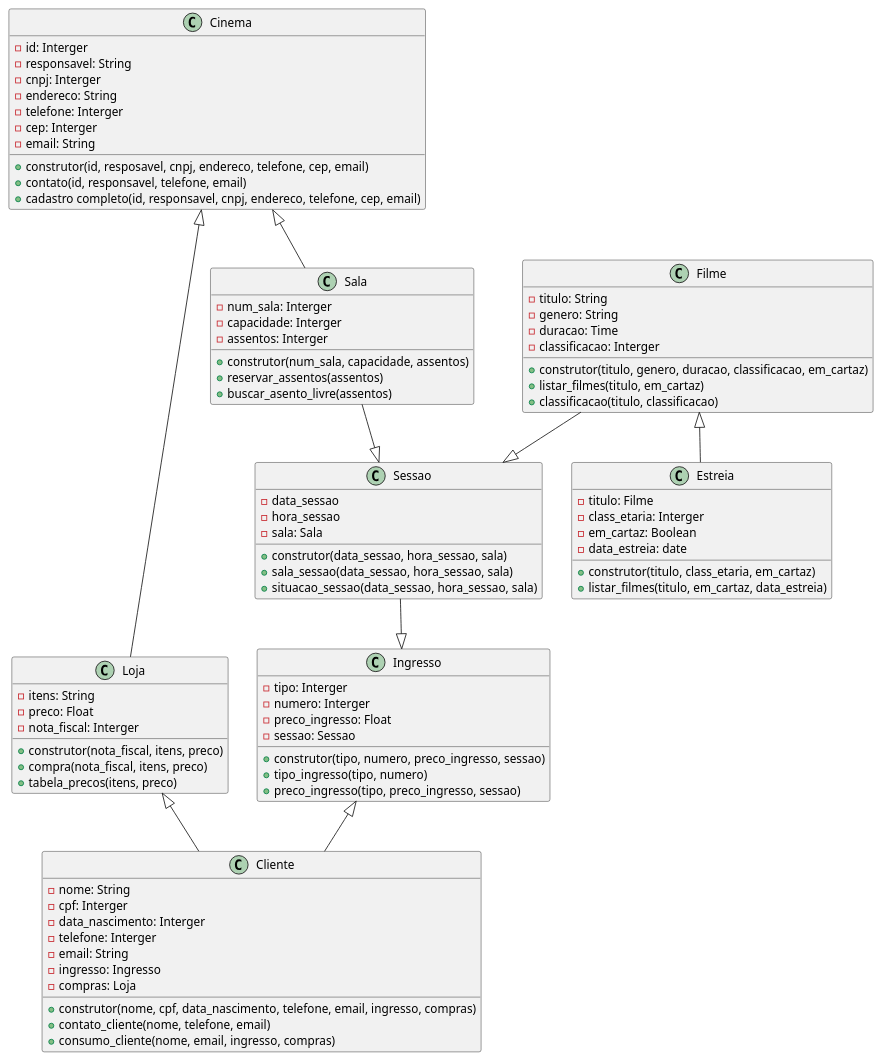
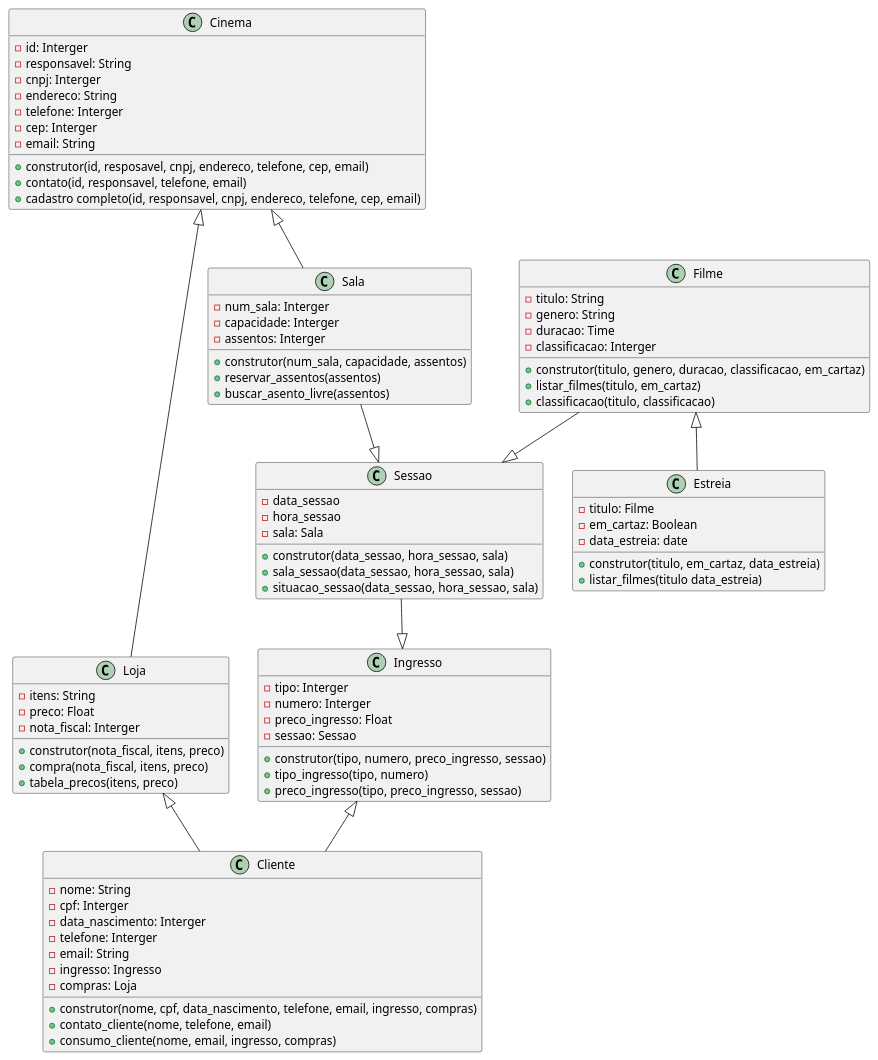
The diagram in cinema_grupo1.plantuml (anleaes/2023-1-N1-POO-01), drawn with PlantUML before and after one commit.

```diff
--- a/cinema_grupo1.plantuml
+++ b/cinema_grupo1.plantuml
@@ -1,94 +1,92 @@
 @startuml Diagrama Herança Cinema - Grupo 1
 
 class Cinema {
     - id: Interger
     - responsavel: String
     - cnpj: Interger 
     - endereco: String
     - telefone: Interger
     - cep: Interger
     - email: String
     + construtor(id, resposavel, cnpj, endereco, telefone, cep, email)
     + contato(id, responsavel, telefone, email)
     + cadastro completo(id, responsavel, cnpj, endereco, telefone, cep, email)
 }
 
 class Sala{
     - num_sala: Interger
     - capacidade: Interger
     - assentos: Interger
     + construtor(num_sala, capacidade, assentos)
     + reservar_assentos(assentos)
     + buscar_asento_livre(assentos)
 }
 
 class Sessao{
     - data_sessao
     - hora_sessao
     - sala: Sala
     + construtor(data_sessao, hora_sessao, sala)
     + sala_sessao(data_sessao, hora_sessao, sala)
     + situacao_sessao(data_sessao, hora_sessao, sala)      
 }
 
 class Loja{
     - itens: String
     - preco: Float
     - nota_fiscal: Interger
     + construtor(nota_fiscal, itens, preco)
     + compra(nota_fiscal, itens, preco)
     + tabela_precos(itens, preco)
 }
 
 class Ingresso{
     - tipo: Interger
     - numero: Interger
     - preco_ingresso: Float
     - sessao: Sessao
     + construtor(tipo, numero, preco_ingresso, sessao)
     + tipo_ingresso(tipo, numero)
     + preco_ingresso(tipo, preco_ingresso, sessao)
 }
 
 class Cliente{
     - nome: String
     - cpf: Interger
     - data_nascimento: Interger
     - telefone: Interger
     - email: String
     - ingresso: Ingresso
     - compras: Loja
     + construtor(nome, cpf, data_nascimento, telefone, email, ingresso, compras)
     + contato_cliente(nome, telefone, email)
     + consumo_cliente(nome, email, ingresso, compras)    
 }
 
 class Filme{
     - titulo: String
     - genero: String
     - duracao: Time
     - classificacao: Interger
     + construtor(titulo, genero, duracao, classificacao, em_cartaz)
     + listar_filmes(titulo, em_cartaz)
     + classificacao(titulo, classificacao)
 }
 
-class Estreia{
+class Estreia {
     - titulo: Filme
-    - class_etaria: Interger
     - em_cartaz: Boolean
     - data_estreia: date
-    + construtor(titulo, class_etaria, em_cartaz)
-    + listar_filmes(titulo, em_cartaz, data_estreia)
-    
+    + construtor(titulo, em_cartaz, data_estreia)
+    + listar_filmes(titulo data_estreia)
 }
 
 Cinema <|-- Sala
 Sala --|> Sessao
 Filme --|> Sessao
 Filme <|-- Estreia
 Ingresso <|-- Cliente
 Cinema <|-- Loja
 Loja <|-- Cliente
 Sessao --|> Ingresso
 @enduml
```
